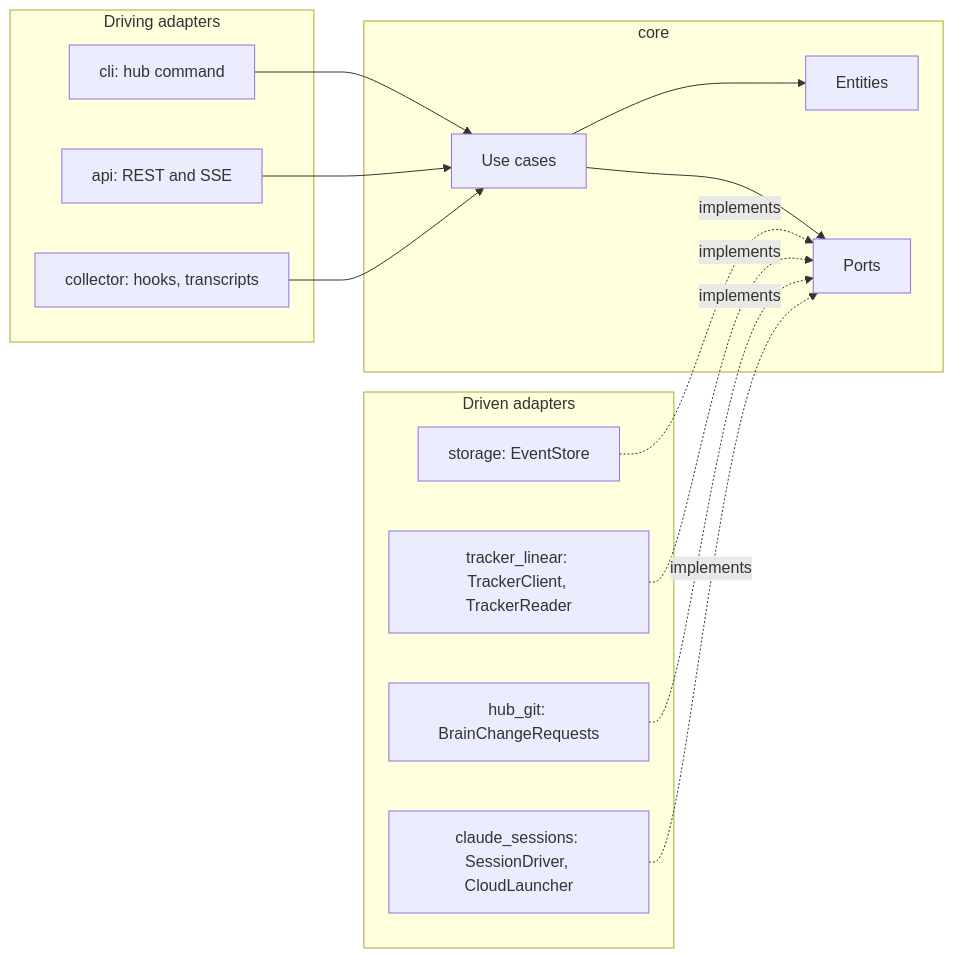
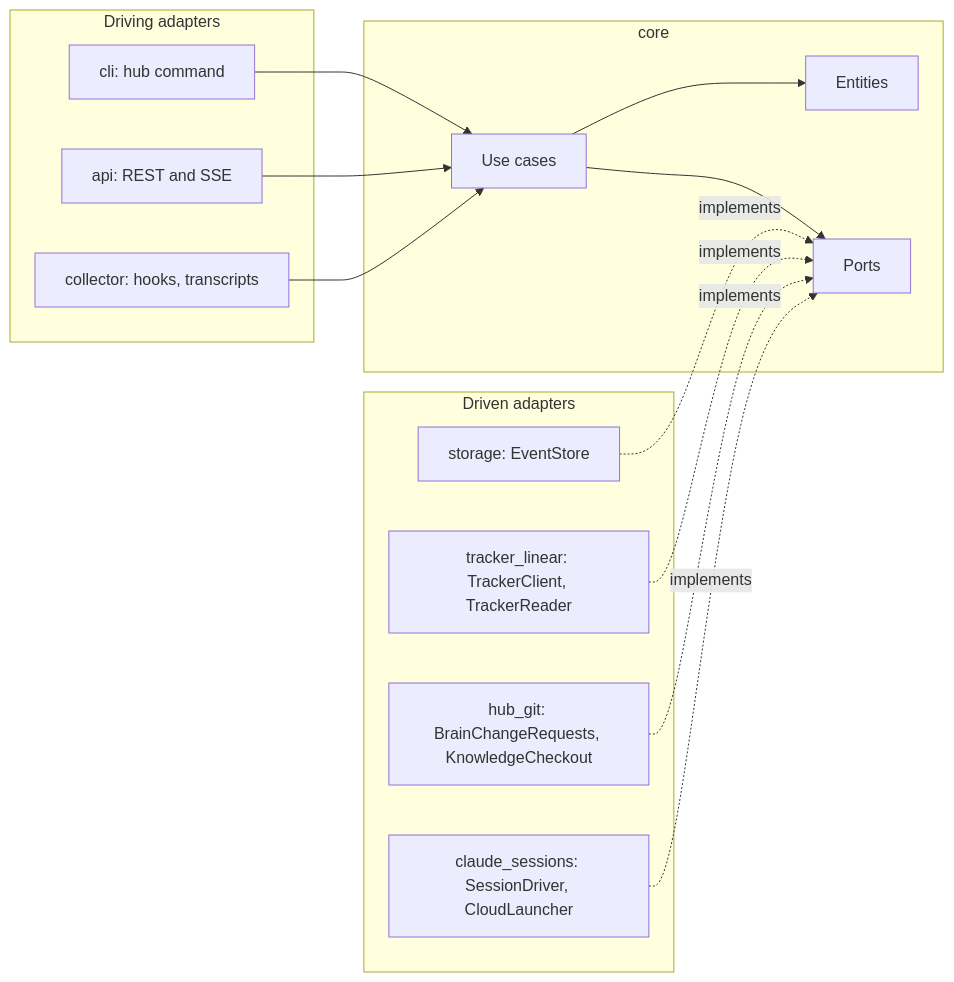
One commit to jroquette/agent-hub changed the second of 2 diagrams in docs/ARCHITECTURE.md. Above: the diagram before and after it, drawn with Mermaid. The commit also changed other lines of this file and 11 other files, not shown here.

First line of the commit message:
docs(docs): knowledge view in design system, spec, architecture and API

````diff
--- a/docs/ARCHITECTURE.md
+++ b/docs/ARCHITECTURE.md
@@ -185,25 +188,25 @@
 ```mermaid
 flowchart LR
   subgraph adapters_in[Driving adapters]
     cli[cli: hub command]
     api["api: REST and SSE"]
     collector[collector: hooks, transcripts]
   end
   subgraph core[core]
     usecases[Use cases] --> entities[Entities]
     usecases --> ports[Ports]
   end
   subgraph adapters_out[Driven adapters]
     storage[storage: EventStore]
     tracker[tracker_linear: TrackerClient, TrackerReader]
-    hubgit[hub_git: BrainChangeRequests]
+    hubgit[hub_git: BrainChangeRequests, KnowledgeCheckout]
     claude[claude_sessions: SessionDriver, CloudLauncher]
   end
   cli --> usecases
   api --> usecases
   collector --> usecases
   storage -. implements .-> ports
   tracker -. implements .-> ports
   hubgit -. implements .-> ports
   claude -. implements .-> ports
 ```
````
